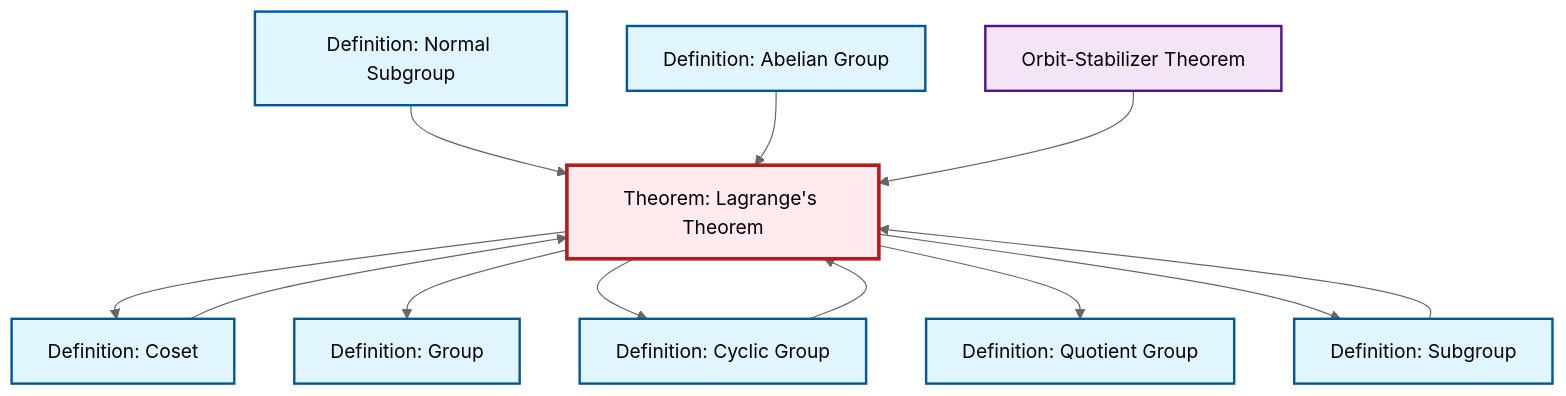
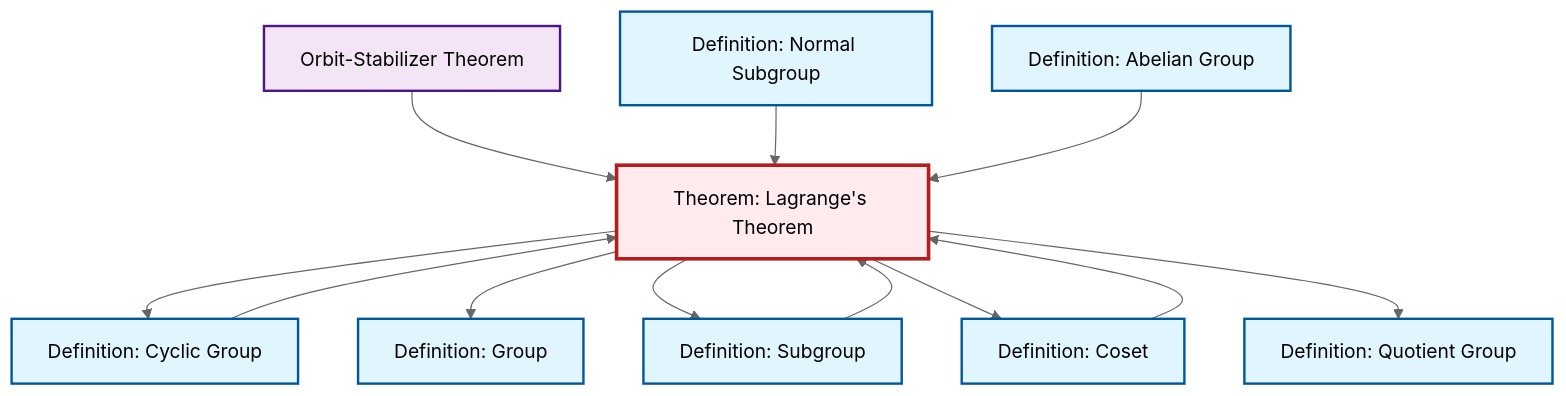
Before and after one commit to RK0429/ModernMath: the diagram in content/ja/algebra/thm-lagrange.qmd, drawn with Mermaid (neutral theme). The commit also changed other lines of this file and 360 other files, not shown here.

````diff
--- a/content/ja/algebra/thm-lagrange.qmd
+++ b/content/ja/algebra/thm-lagrange.qmd
@@ -45,38 +45,38 @@
 ```{mermaid}
 %%| fig-cap: "Local dependency graph"
 graph TD
     classDef definition fill:#e1f5fe,stroke:#01579b,stroke-width:2px
     classDef theorem fill:#f3e5f5,stroke:#4a148c,stroke-width:2px
     classDef axiom fill:#fff3e0,stroke:#e65100,stroke-width:2px
     classDef example fill:#e8f5e9,stroke:#1b5e20,stroke-width:2px
     classDef current fill:#ffebee,stroke:#b71c1c,stroke-width:3px
+    def-quotient-group["Definition: Quotient Group"]:::definition
+    def-normal-subgroup["Definition: Normal Subgroup"]:::definition
+    thm-orbit-stabilizer["Orbit-Stabilizer Theorem"]:::theorem
     def-abelian-group["Definition: Abelian Group"]:::definition
+    thm-lagrange["Theorem: Lagrange's Theorem"]:::theorem
+    def-coset["Definition: Coset"]:::definition
     def-cyclic-group["Definition: Cyclic Group"]:::definition
-    def-normal-subgroup["Definition: Normal Subgroup"]:::definition
+    def-group["Definition: Group"]:::definition
     def-subgroup["Definition: Subgroup"]:::definition
-    def-coset["Definition: Coset"]:::definition
-    def-group["Definition: Group"]:::definition
-    thm-orbit-stabilizer["Orbit-Stabilizer Theorem"]:::theorem
-    thm-lagrange["Theorem: Lagrange's Theorem"]:::theorem
-    def-quotient-group["Definition: Quotient Group"]:::definition
-    thm-lagrange --> def-coset
-    thm-lagrange --> def-group
-    def-coset --> thm-lagrange
     thm-lagrange --> def-cyclic-group
-    def-normal-subgroup --> thm-lagrange
-    thm-lagrange --> def-quotient-group
-    def-subgroup --> thm-lagrange
-    def-abelian-group --> thm-lagrange
-    thm-lagrange --> def-subgroup
     def-cyclic-group --> thm-lagrange
     thm-orbit-stabilizer --> thm-lagrange
+    def-normal-subgroup --> thm-lagrange
+    thm-lagrange --> def-group
+    thm-lagrange --> def-subgroup
+    thm-lagrange --> def-coset
+    def-abelian-group --> thm-lagrange
+    thm-lagrange --> def-quotient-group
+    def-coset --> thm-lagrange
+    def-subgroup --> thm-lagrange
     class thm-lagrange current
+    click def-quotient-group "def-quotient-group.html" "Definition: Quotient Groupへ"
+    click def-normal-subgroup "def-normal-subgroup.html" "Definition: Normal Subgroupへ"
+    click thm-orbit-stabilizer "thm-orbit-stabilizer.html" "Orbit-Stabilizer Theoremへ"
     click def-abelian-group "def-abelian-group.html" "Definition: Abelian Groupへ"
+    click def-coset "def-coset.html" "Definition: Cosetへ"
     click def-cyclic-group "def-cyclic-group.html" "Definition: Cyclic Groupへ"
-    click def-normal-subgroup "def-normal-subgroup.html" "Definition: Normal Subgroupへ"
+    click def-group "def-group.html" "Definition: Groupへ"
     click def-subgroup "def-subgroup.html" "Definition: Subgroupへ"
-    click def-coset "def-coset.html" "Definition: Cosetへ"
-    click def-group "def-group.html" "Definition: Groupへ"
-    click thm-orbit-stabilizer "thm-orbit-stabilizer.html" "Orbit-Stabilizer Theoremへ"
-    click def-quotient-group "def-quotient-group.html" "Definition: Quotient Groupへ"
 ```
````
